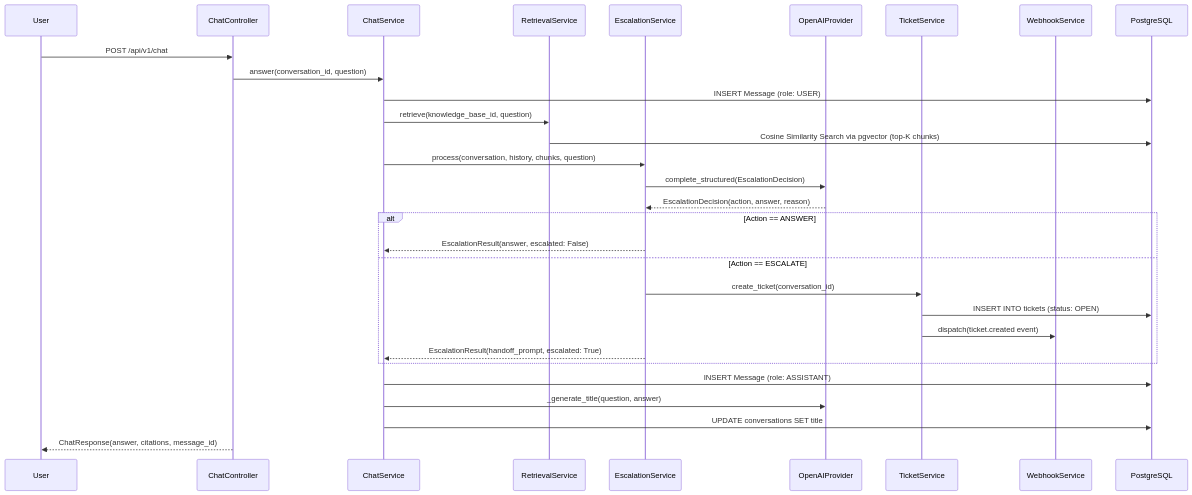
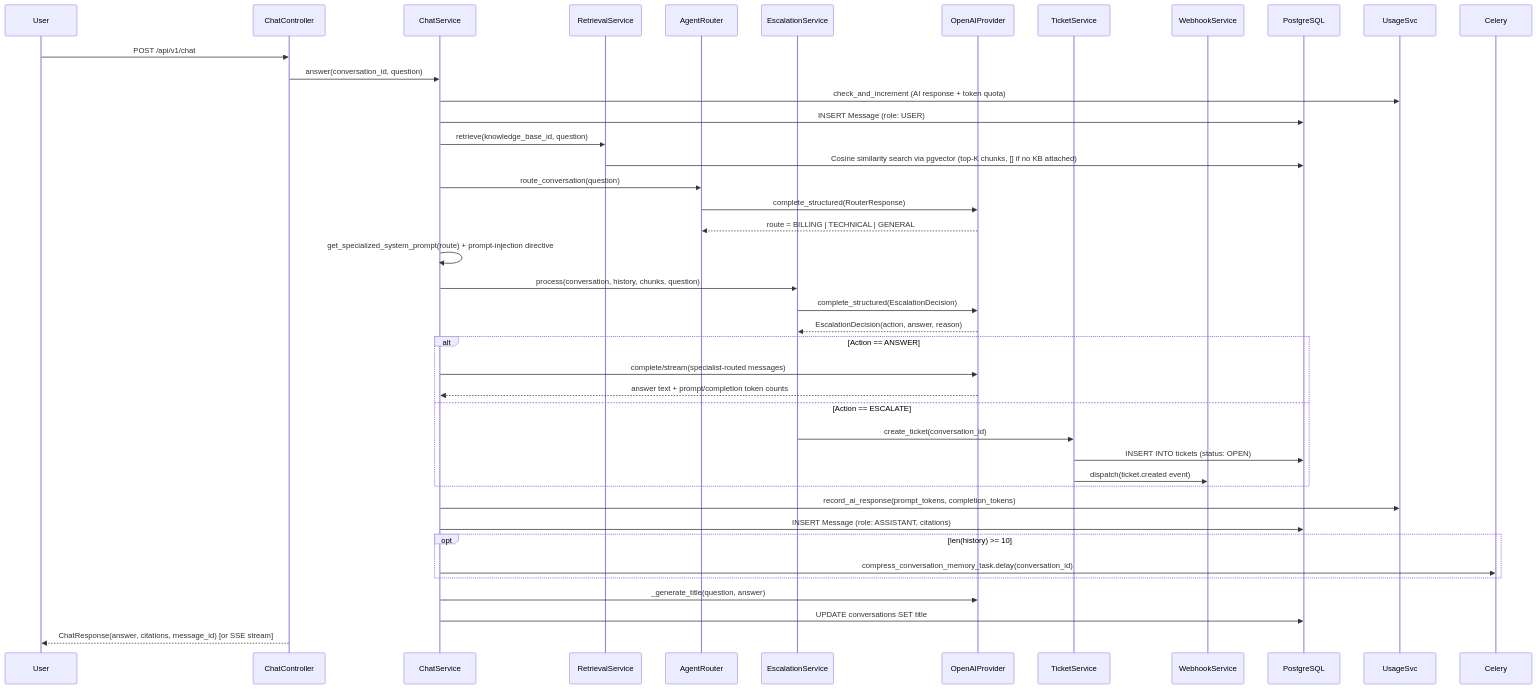
Before and after one commit to AnubhavDas651629/SUPPORT-AI: the third of 7 diagrams in README.md, drawn with Mermaid. The commit also changed other lines of this file and 1 other file, not shown here.

````diff
--- a/README.md
+++ b/README.md
@@ -104,35 +128,45 @@
 ```mermaid
 sequenceDiagram
     participant User
     participant ChatAPI as ChatController
     participant ChatSvc as ChatService
     participant RetSvc as RetrievalService
+    participant AgentRouter as AgentRouter
     participant EscSvc as EscalationService
     participant LLM as OpenAIProvider
     participant TktSvc as TicketService
     participant WebhookSvc as WebhookService
     participant DB as PostgreSQL
 
     User->>ChatAPI: POST /api/v1/chat
     ChatAPI->>ChatSvc: answer(conversation_id, question)
+    ChatSvc->>UsageSvc: check_and_increment (AI response + token quota)
     ChatSvc->>DB: INSERT Message (role: USER)
     ChatSvc->>RetSvc: retrieve(knowledge_base_id, question)
-    RetSvc->>DB: Cosine Similarity Search via pgvector (top-K chunks)
+    RetSvc->>DB: Cosine similarity search via pgvector (top-K chunks, [] if no KB attached)
+    ChatSvc->>AgentRouter: route_conversation(question)
+    AgentRouter->>LLM: complete_structured(RouterResponse)
+    LLM-->>AgentRouter: route = BILLING | TECHNICAL | GENERAL
+    ChatSvc->>ChatSvc: get_specialized_system_prompt(route) + prompt-injection directive
     ChatSvc->>EscSvc: process(conversation, history, chunks, question)
     EscSvc->>LLM: complete_structured(EscalationDecision)
     LLM-->>EscSvc: EscalationDecision(action, answer, reason)
 
     alt Action == ANSWER
-        EscSvc-->>ChatSvc: EscalationResult(answer, escalated: False)
+        ChatSvc->>LLM: complete/stream(specialist-routed messages)
+        LLM-->>ChatSvc: answer text + prompt/completion token counts
     else Action == ESCALATE
         EscSvc->>TktSvc: create_ticket(conversation_id)
         TktSvc->>DB: INSERT INTO tickets (status: OPEN)
         TktSvc->>WebhookSvc: dispatch(ticket.created event)
-        EscSvc-->>ChatSvc: EscalationResult(handoff_prompt, escalated: True)
     end
 
-    ChatSvc->>DB: INSERT Message (role: ASSISTANT)
+    ChatSvc->>UsageSvc: record_ai_response(prompt_tokens, completion_tokens)
+    ChatSvc->>DB: INSERT Message (role: ASSISTANT, citations)
+    opt len(history) >= 10
+        ChatSvc->>Celery: compress_conversation_memory_task.delay(conversation_id)
+    end
     ChatSvc->>LLM: _generate_title(question, answer)
     ChatSvc->>DB: UPDATE conversations SET title
-    ChatAPI-->>User: ChatResponse(answer, citations, message_id)
+    ChatAPI-->>User: ChatResponse(answer, citations, message_id) [or SSE stream]
 ```
````
